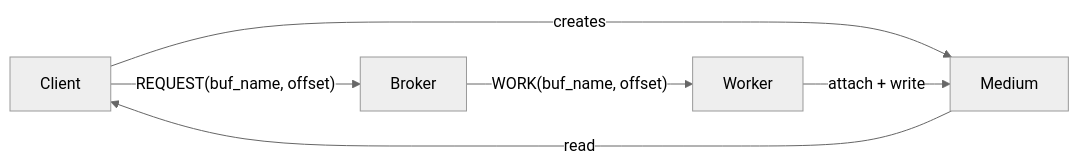
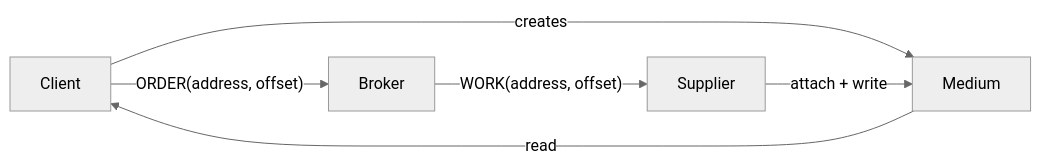
The fifth of 5 diagrams in docs/source/architecture.rst (ayghri/softs), drawn with Mermaid (neutral theme) before and after one commit. The commit also changed other lines of this file and 191 other files, not shown here.

```diff
--- a/docs/source/architecture.rst
+++ b/docs/source/architecture.rst
@@ -133,8 +174,8 @@
 .. mermaid::
 
    graph LR
-       C[Client] -->|"REQUEST(buf_name, offset)"| B[Broker]
-       B -->|"WORK(buf_name, offset)"| W[Worker]
+       C[Client] -->|"ORDER(address, offset)"| B[Broker]
+       B -->|"WORK(address, offset)"| S[Supplier]
        C -->|creates| M[Medium]
-       W -->|"attach + write"| M
+       S -->|"attach + write"| M
        M -->|read| C
```
